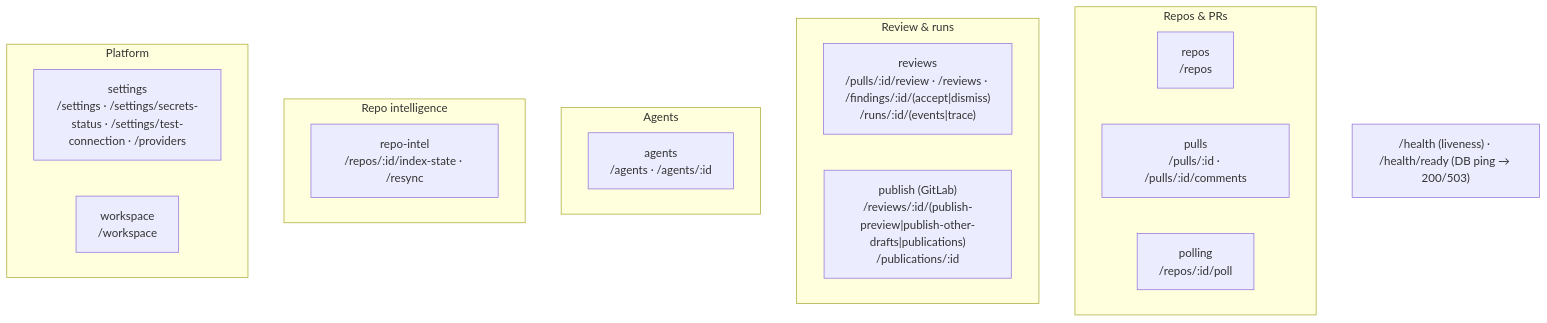
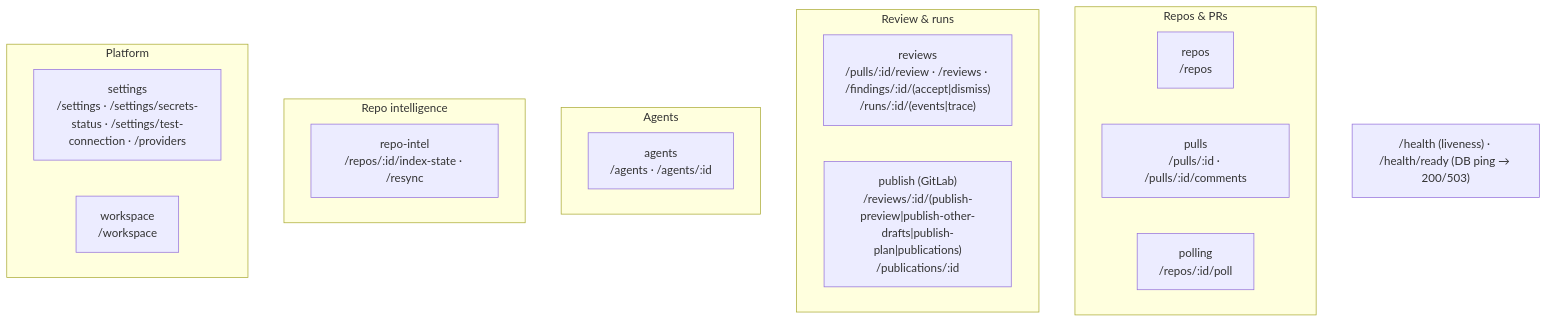
Before and after one commit to Flamenom/dev-digest: the second of 3 diagrams in server/README.md, drawn with Mermaid. The commit also changed other lines of this file and 79 other files, not shown here.

````diff
--- a/server/README.md
+++ b/server/README.md
@@ -64,23 +64,23 @@
 ```mermaid
 flowchart TB
   subgraph Repos_PRs["Repos & PRs"]
     repos["repos<br/>/repos"]
     pulls["pulls<br/>/pulls/:id · /pulls/:id/comments"]
     polling["polling<br/>/repos/:id/poll"]
   end
   subgraph Review["Review & runs"]
     reviews["reviews<br/>/pulls/:id/review · /reviews · /findings/:id/(accept|dismiss)<br/>/runs/:id/(events|trace)"]
-    publish["publish (GitLab)<br/>/reviews/:id/(publish-preview|publish-other-drafts|publications)<br/>/publications/:id"]
+    publish["publish (GitLab)<br/>/reviews/:id/(publish-preview|publish-other-drafts|publish-plan|publications)<br/>/publications/:id"]
   end
   subgraph Agents["Agents"]
     agents["agents<br/>/agents · /agents/:id"]
   end
   subgraph Intel["Repo intelligence"]
     repoIntel["repo-intel<br/>/repos/:id/index-state · /resync"]
   end
   subgraph Platform["Platform"]
     settings["settings<br/>/settings · /settings/secrets-status · /settings/test-connection · /providers"]
     workspace["workspace<br/>/workspace"]
   end
   HEALTH["/health (liveness) · /health/ready (DB ping → 200/503)"]
 ```
````
